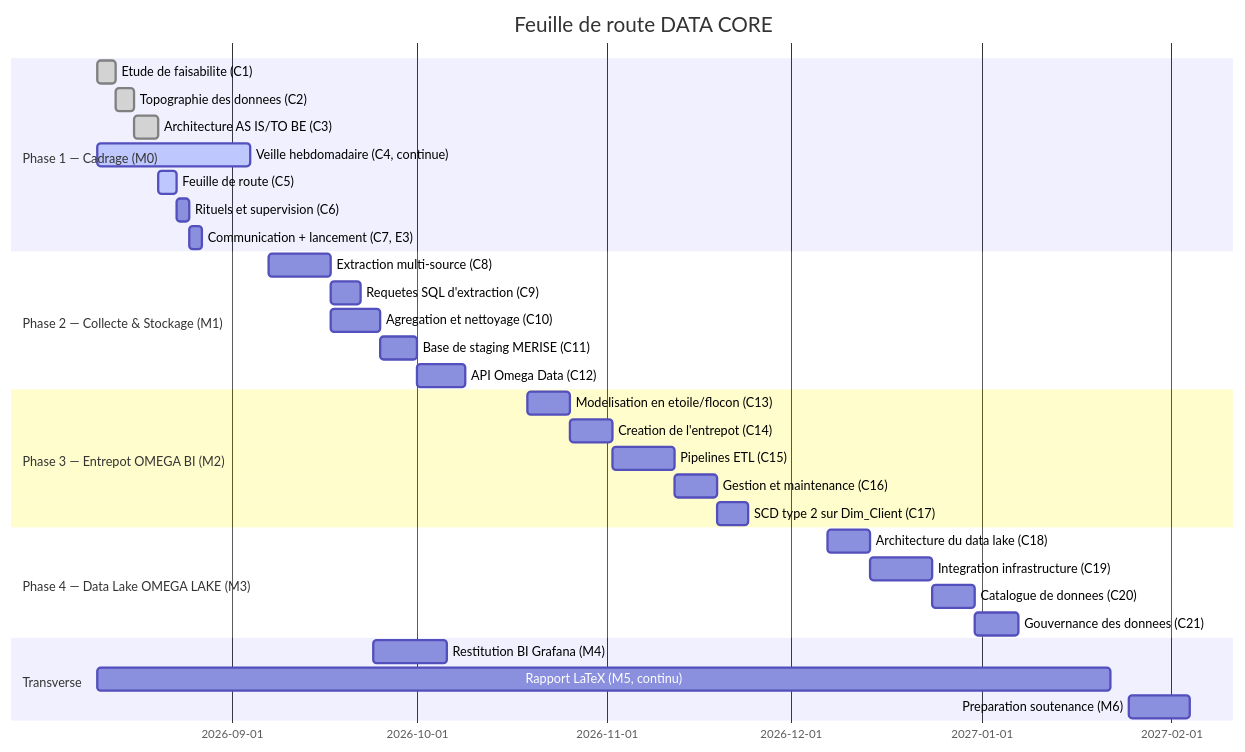
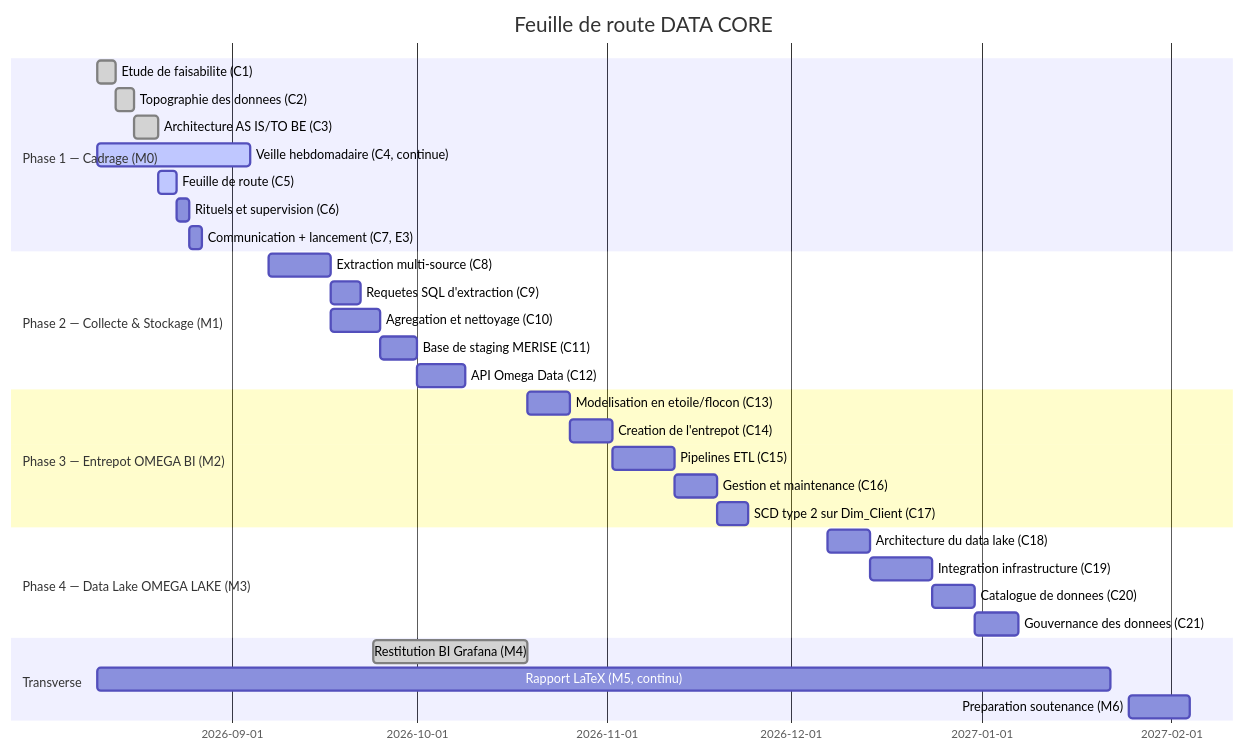
One commit to alaugier/datacore changed the first of 2 diagrams in docs/architecture/feuille_de_route.md. Above: the diagram before and after it, drawn with Mermaid. The commit also changed other lines of this file and 3 other files, not shown here.

First line of the commit message:
docs: clôture du milestone M4 — Restitution BI (Grafana)

````diff
--- a/docs/architecture/feuille_de_route.md
+++ b/docs/architecture/feuille_de_route.md
@@ -96,34 +102,34 @@
 ```mermaid
 gantt
     title Feuille de route DATA CORE
     dateFormat  YYYY-MM-DD
     section Phase 1 — Cadrage (M0)
     Etude de faisabilite (C1)          :done,   p1a, 2026-08-10, 3d
     Topographie des donnees (C2)       :done,   p1b, after p1a, 3d
     Architecture AS IS/TO BE (C3)      :done,   p1c, after p1b, 4d
     Veille hebdomadaire (C4, continue) :active, p1d, 2026-08-10, 25d
     Feuille de route (C5)              :active, p1e, after p1c, 3d
     Rituels et supervision (C6)        :        p1f, after p1e, 2d
     Communication + lancement (C7, E3) :        p1g, after p1f, 2d
     section Phase 2 — Collecte & Stockage (M1)
     Extraction multi-source (C8)       :        p2a, 2026-09-07, 10d
     Requetes SQL d'extraction (C9)     :        p2b, after p2a, 5d
     Agregation et nettoyage (C10)      :        p2c, after p2a, 8d
     Base de staging MERISE (C11)       :        p2d, after p2c, 6d
     API Omega Data (C12)               :        p2e, after p2d, 8d
     section Phase 3 — Entrepot OMEGA BI (M2)
     Modelisation en etoile/flocon (C13):        p3a, 2026-10-19, 7d
     Creation de l'entrepot (C14)       :        p3b, after p3a, 7d
     Pipelines ETL (C15)                :        p3c, after p3b, 10d
     Gestion et maintenance (C16)       :        p3d, after p3c, 7d
     SCD type 2 sur Dim_Client (C17)    :        p3e, after p3d, 5d
     section Phase 4 — Data Lake OMEGA LAKE (M3)
     Architecture du data lake (C18)    :        p4a, 2026-12-07, 7d
     Integration infrastructure (C19)   :        p4b, after p4a, 10d
     Catalogue de donnees (C20)         :        p4c, after p4b, 7d
     Gouvernance des donnees (C21)      :        p4d, after p4c, 7d
     section Transverse
-    Restitution BI Grafana (M4)        :        m4bi, 2026-09-24, 12d
+    Restitution BI Grafana (M4)        :done, m4bi, 2026-09-24, 2026-10-19
     Rapport LaTeX (M5, continu)        :        m5, 2026-08-10, 165d
     Preparation soutenance (M6)        :        m6, 2027-01-25, 10d
 ```
````
